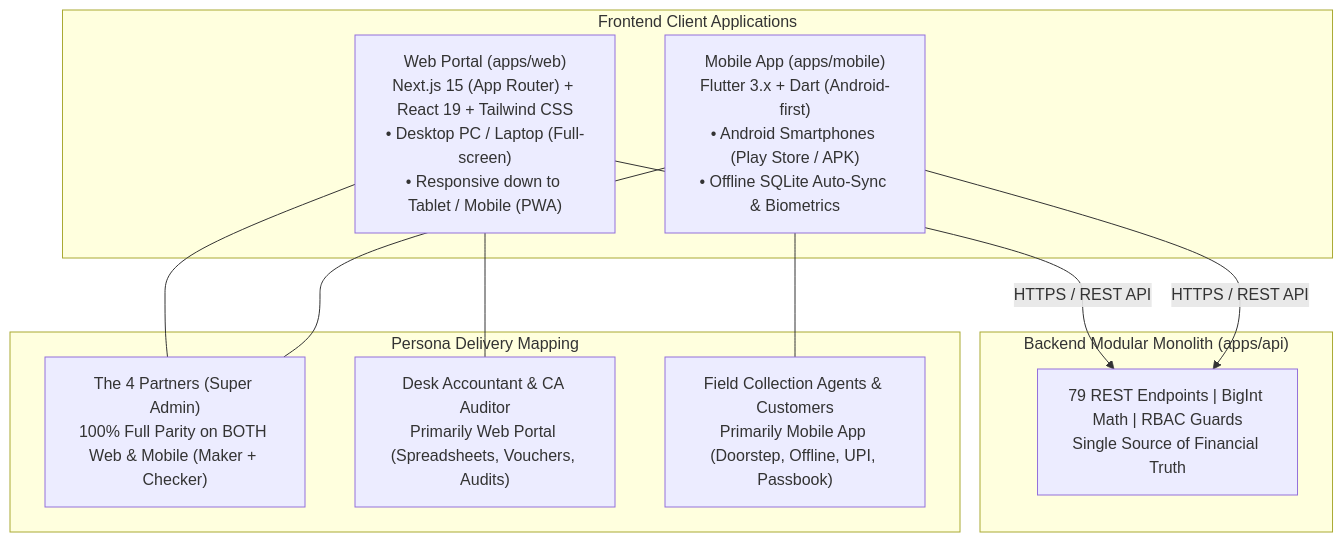
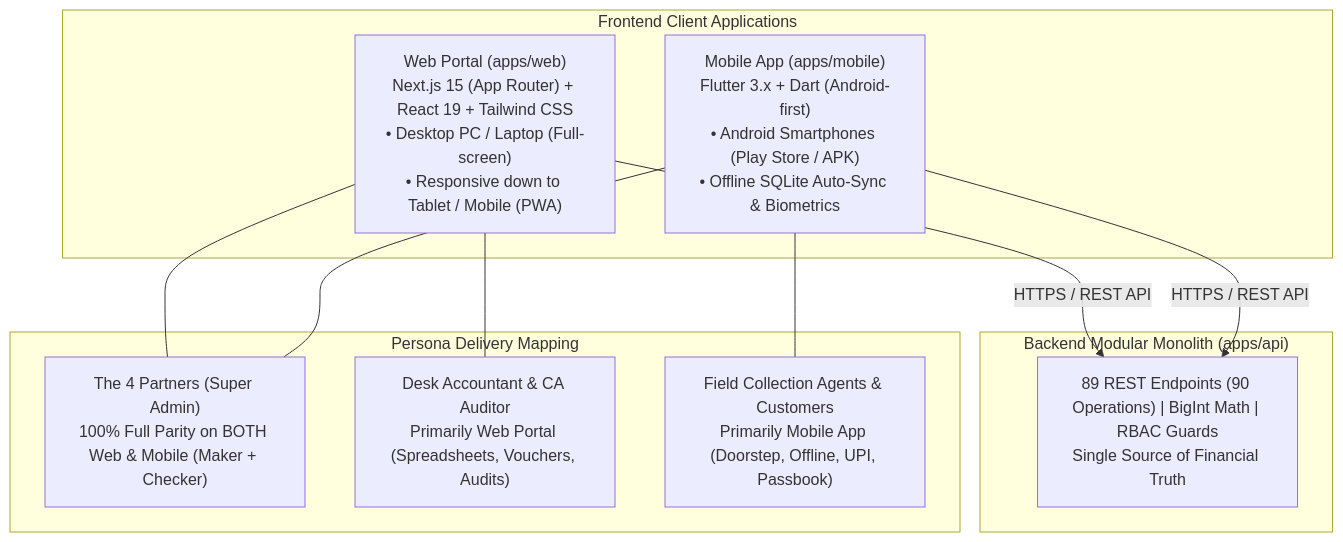
Before and after one commit to Kathir-24/Kumaran-finance: the first of 2 diagrams in docs/03-architecture/frontend-architecture.md, drawn with Mermaid. The commit also changed other lines of this file and 18 other files, not shown here.

````diff
--- a/docs/03-architecture/frontend-architecture.md
+++ b/docs/03-architecture/frontend-architecture.md
@@ -14,25 +14,25 @@
 ```mermaid
 flowchart TD
     subgraph Clients["Frontend Client Applications"]
         Web["Web Portal (apps/web)\nNext.js 15 (App Router) + React 19 + Tailwind CSS\n• Desktop PC / Laptop (Full-screen)\n• Responsive down to Tablet / Mobile (PWA)"]
         Mobile["Mobile App (apps/mobile)\nFlutter 3.x + Dart (Android-first)\n• Android Smartphones (Play Store / APK)\n• Offline SQLite Auto-Sync & Biometrics"]
     end
 
     subgraph API["Backend Modular Monolith (apps/api)"]
-        Nest["79 REST Endpoints | BigInt Math | RBAC Guards\nSingle Source of Financial Truth"]
+        Nest["89 REST Endpoints (90 Operations) | BigInt Math | RBAC Guards\nSingle Source of Financial Truth"]
     end
 
     subgraph Personas["Persona Delivery Mapping"]
         P_Partner["The 4 Partners (Super Admin)\n100% Full Parity on BOTH Web & Mobile (Maker + Checker)"]
         P_Desk["Desk Accountant & CA Auditor\nPrimarily Web Portal (Spreadsheets, Vouchers, Audits)"]
         P_Field["Field Collection Agents & Customers\nPrimarily Mobile App (Doorstep, Offline, UPI, Passbook)"]
     end
 
     Web -->|HTTPS / REST API| Nest
     Mobile -->|HTTPS / REST API| Nest
 
     Web --- P_Partner
     Web --- P_Desk
     Mobile --- P_Partner
     Mobile --- P_Field
 ```
````
